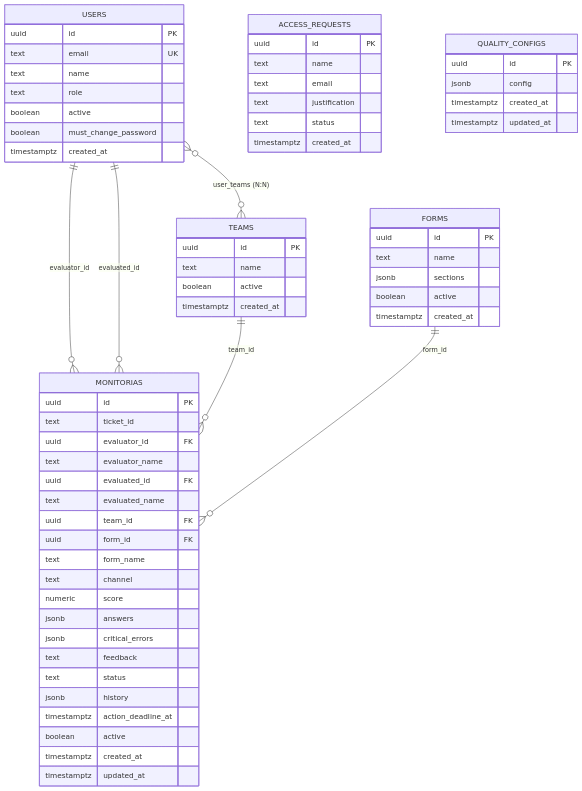
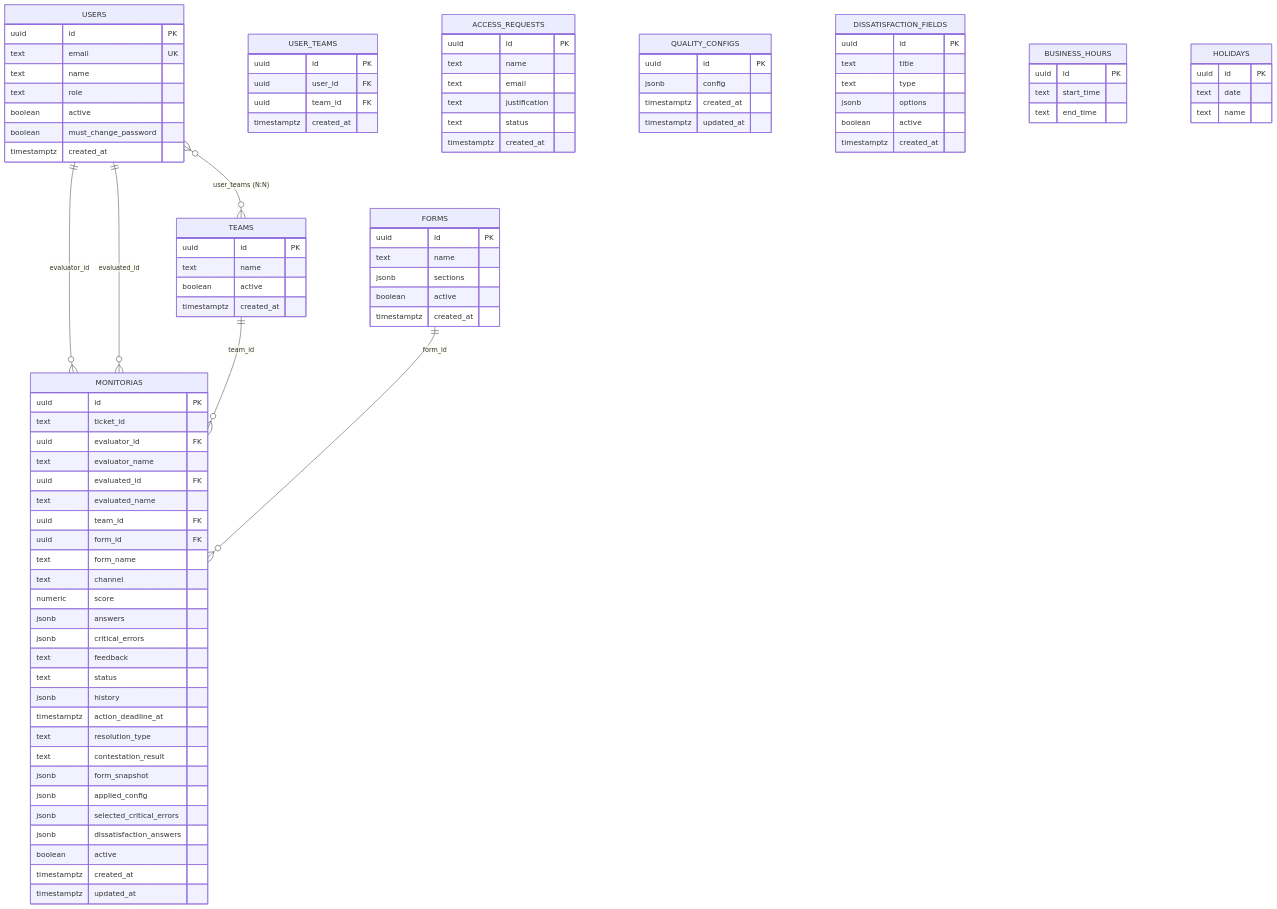
Before and after one commit to allanscode/QualiTrack: the diagram in docs/database/schema.md, drawn with Mermaid. The commit also changed other lines of this file and 19 other files, not shown here.

````diff
--- a/docs/database/schema.md
+++ b/docs/database/schema.md
@@ -12,17 +12,24 @@
     USERS ||--o{ MONITORIAS : "evaluated_id"
     TEAMS ||--o{ MONITORIAS : "team_id"
     FORMS ||--o{ MONITORIAS : "form_id"
-USERS }o--o{ TEAMS : "user_teams (N:N)"
+    USERS }o--o{ TEAMS : "user_teams (N:N)"
 
-USERS {
-uuid id PK
-text email UK
-text name
-text role
-boolean active
-boolean must_change_password
-timestamptz created_at
-}
+    USERS {
+        uuid id PK
+        text email UK
+        text name
+        text role
+        boolean active
+        boolean must_change_password
+        timestamptz created_at
+    }
+
+    USER_TEAMS {
+        uuid id PK
+        uuid user_id FK
+        uuid team_id FK
+        timestamptz created_at
+    }
 
     TEAMS {
         uuid id PK
@@ -57,6 +64,12 @@
         text status
         jsonb history
         timestamptz action_deadline_at
+        text resolution_type
+        text contestation_result
+        jsonb form_snapshot
+        jsonb applied_config
+        jsonb selected_critical_errors
+        jsonb dissatisfaction_answers
         boolean active
         timestamptz created_at
         timestamptz updated_at
@@ -77,4 +90,25 @@
         timestamptz created_at
         timestamptz updated_at
     }
+
+    DISSATISFACTION_FIELDS {
+        uuid id PK
+        text title
+        text type
+        jsonb options
+        boolean active
+        timestamptz created_at
+    }
+
+    BUSINESS_HOURS {
+        uuid id PK
+        text start_time
+        text end_time
+    }
+
+    HOLIDAYS {
+        uuid id PK
+        text date
+        text name
+    }
 ```
````
